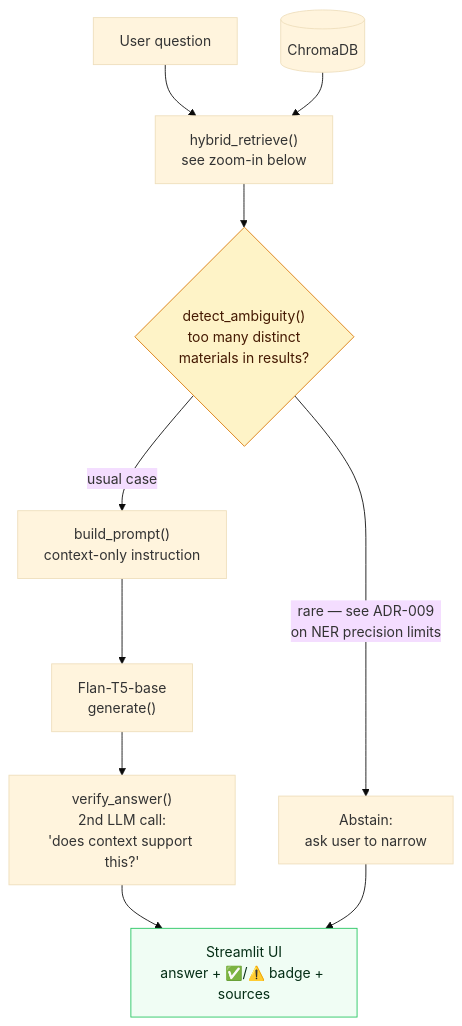
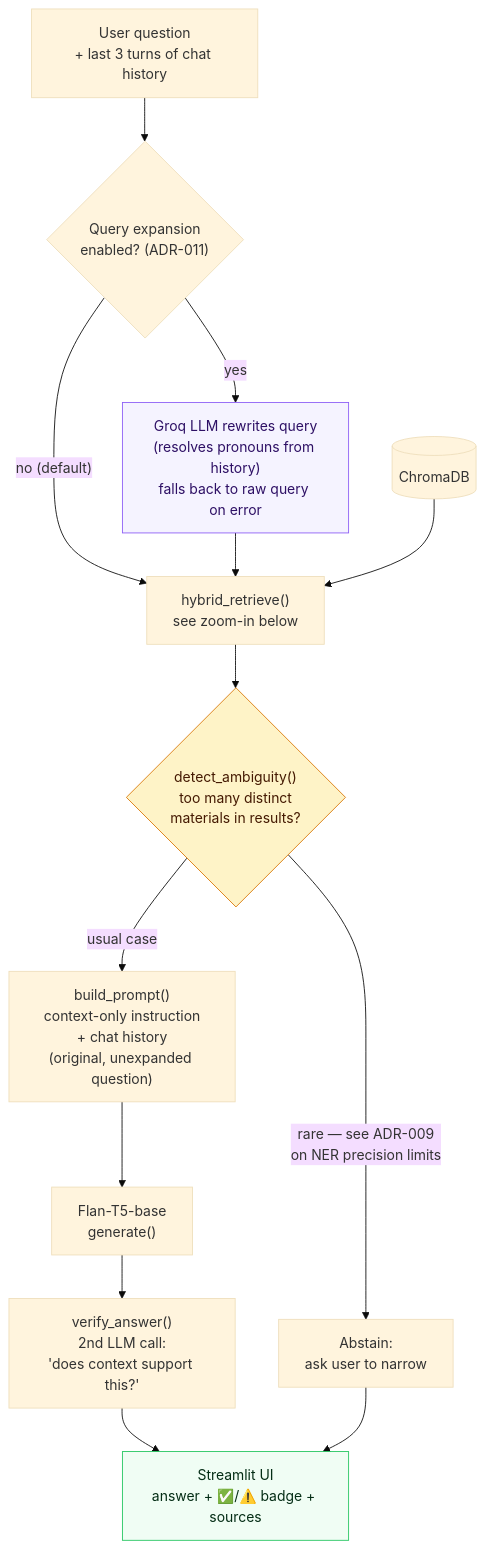
One commit to Mahakisore7/MatSci-RAG changed the second of 3 diagrams in README.md. Above: the diagram before and after it, drawn with Mermaid (base theme). The commit also changed other lines of this file, not shown here.

````diff
--- a/README.md
+++ b/README.md
@@ -88,15 +103,19 @@
 ```mermaid
 flowchart TB
-    Q["User question"] --> H["hybrid_retrieve()<br/>see zoom-in below"]
+    Q["User question<br/>+ last 3 turns of chat history"] --> EXP{"Query expansion<br/>enabled? (ADR-011)"}
+    EXP -->|"yes"| GROQ["Groq LLM rewrites query<br/>(resolves pronouns from history)<br/>falls back to raw query on error"]
+    EXP -->|"no (default)"| H
+    GROQ --> H["hybrid_retrieve()<br/>see zoom-in below"]
     CHROMA2[("ChromaDB")] --> H
     H --> AMB{"detect_ambiguity()<br/>too many distinct<br/>materials in results?"}
     AMB -->|"rare — see ADR-009<br/>on NER precision limits"| ABST["Abstain:<br/>ask user to narrow"]
-    AMB -->|"usual case"| PROMPT["build_prompt()<br/>context-only instruction"]
+    AMB -->|"usual case"| PROMPT["build_prompt()<br/>context-only instruction<br/>+ chat history<br/>(original, unexpanded question)"]
     PROMPT --> GEN["Flan-T5-base<br/>generate()"]
     GEN --> VER["verify_answer()<br/>2nd LLM call:<br/>'does context support this?'"]
     VER --> UI["Streamlit UI<br/>answer + ✅/⚠️ badge + sources"]
     ABST --> UI
 
     style AMB fill:#fef3c7,stroke:#d97706,color:#451a03
     style UI fill:#f0fdf4,stroke:#22c55e,color:#052e16
+    style GROQ fill:#f5f3ff,stroke:#8b5cf6,color:#2e1065
 ```
````
